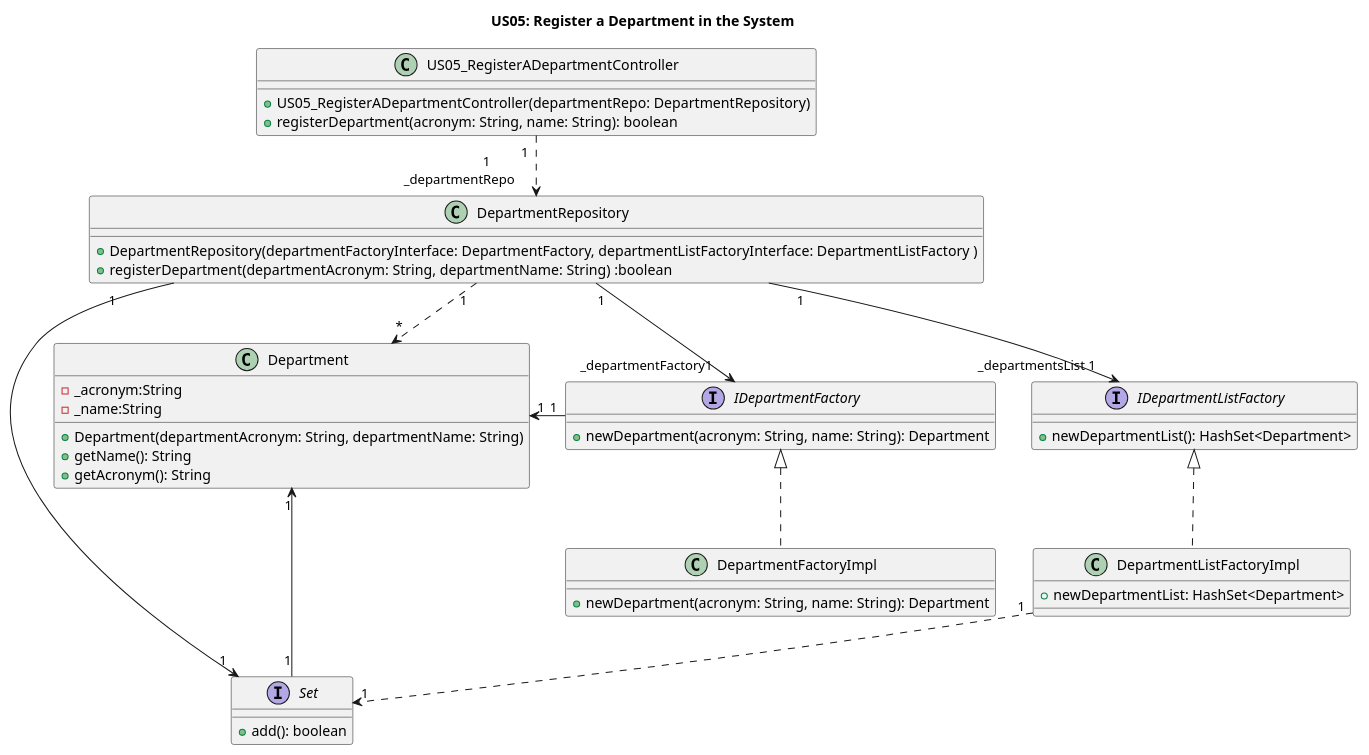
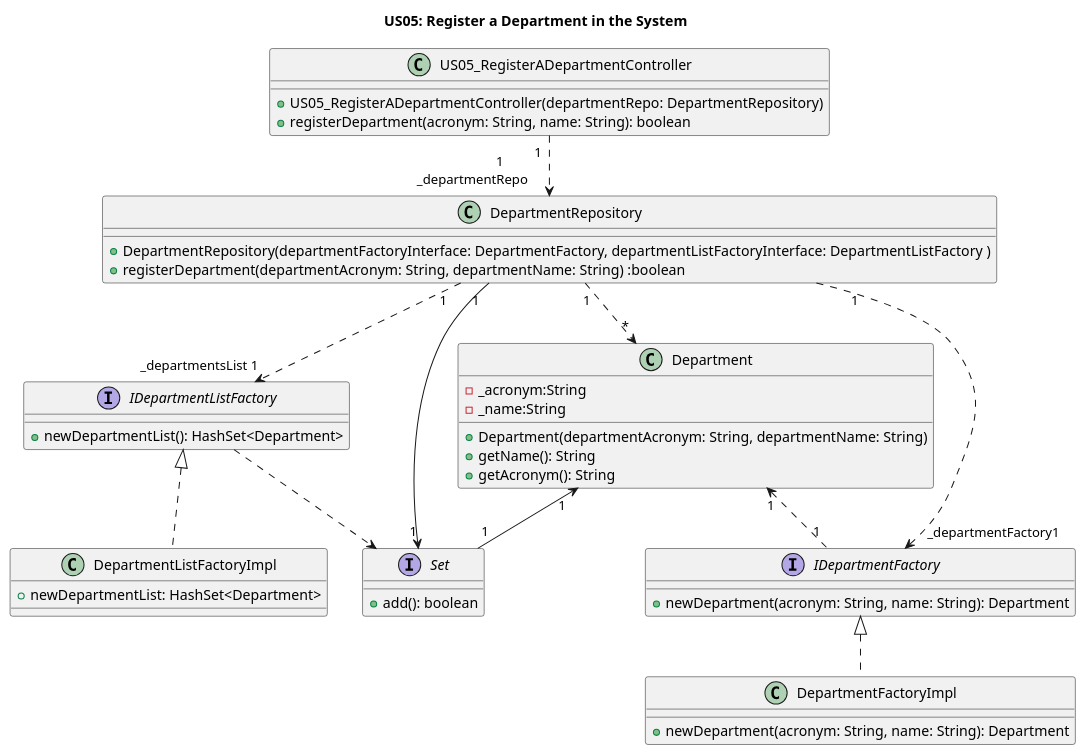
Before and after one commit to GasparISEP/DevOps-PAI: the diagram in docs/US05/US05_DepartmentRegistryClassDiagram.puml, drawn with PlantUML. The commit also changed 1 other file, not shown here.

Commit message:
US05: Updates to class diagram and sequence diagram

```diff
--- a/docs/US05/US05_DepartmentRegistryClassDiagram.puml
+++ b/docs/US05/US05_DepartmentRegistryClassDiagram.puml
@@ -1,53 +1,53 @@
 @startuml
 title US05: Register a Department in the System
 'left to right direction'
 
 class US05_RegisterADepartmentController {
     +US05_RegisterADepartmentController(departmentRepo: DepartmentRepository)
     +registerDepartment(acronym: String, name: String): boolean
 }
 
 class Department {
     -_acronym:String
     -_name:String
     +Department(departmentAcronym: String, departmentName: String)
     +getName(): String
     +getAcronym(): String
 }
 
 class DepartmentRepository {
     +DepartmentRepository(departmentFactoryInterface: DepartmentFactory, departmentListFactoryInterface: DepartmentListFactory )
     +registerDepartment(departmentAcronym: String, departmentName: String) :boolean
 }
 
 class DepartmentFactoryImpl {
     +newDepartment(acronym: String, name: String): Department
 }
 
 interface IDepartmentFactory {
     +newDepartment(acronym: String, name: String): Department
 }
 
 class DepartmentListFactoryImpl {
     +newDepartmentList: HashSet<Department>
 }
 
 interface IDepartmentListFactory {
     + newDepartmentList(): HashSet<Department>
 }
 
 interface Set {
     +add(): boolean
 }
 
 DepartmentRepository "1" ..> "*" Department
 DepartmentRepository "1" -> "1" Set
 Department "1" <- "1" Set
-DepartmentRepository "1" --> "_departmentsList 1" IDepartmentListFactory
+DepartmentRepository "1" ..> "_departmentsList 1" IDepartmentListFactory
 IDepartmentListFactory  <|..  DepartmentListFactoryImpl
 IDepartmentFactory  <|..  DepartmentFactoryImpl
-DepartmentListFactoryImpl "1" ..> "1" Set
+IDepartmentListFactory  ..>  Set
 US05_RegisterADepartmentController "1  " ..> "            1\n_departmentRepo    " DepartmentRepository
-Department "1" <- "1" IDepartmentFactory
-IDepartmentFactory "_departmentFactory1" <-- "1"  DepartmentRepository
+Department "1" <.. "1" IDepartmentFactory
+IDepartmentFactory "_departmentFactory1" <.. "1"  DepartmentRepository
 @enduml
```
